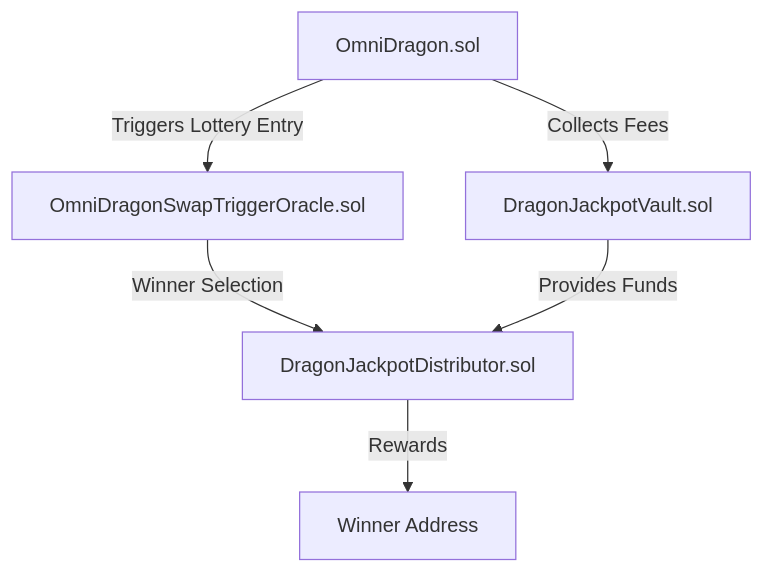
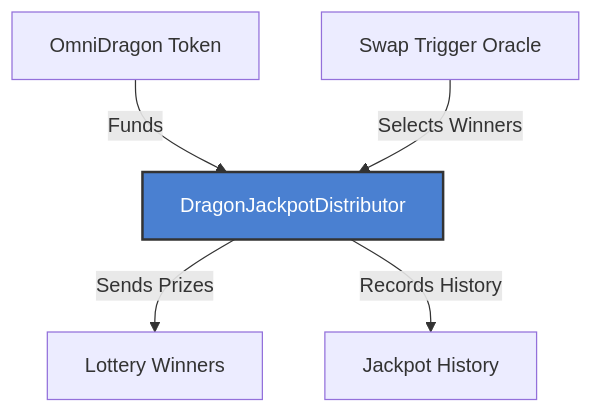
The first of 3 diagrams in docs/contracts/jackpot/distributor.md (wenakita/sonicreddragon-docs), drawn with Mermaid before and after one commit. The commit also changed other lines of this file and 44 other files, not shown here.

````diff
--- a/docs/contracts/jackpot/distributor.md
+++ b/docs/contracts/jackpot/distributor.md
@@ -13,10 +13,10 @@
 ```mermaid
 flowchart TD
-    OmniDragon["OmniDragon.sol"] -->|"Collects Fees"| JackpotVault["DragonJackpotVault.sol"]
-    OmniDragon -->|"Triggers Lottery Entry"| SwapTrigger["OmniDragonSwapTriggerOracle.sol"]
-    SwapTrigger -->|"Winner Selection"| JackpotDistributor["DragonJackpotDistributor.sol"]
-    JackpotVault -->|"Provides Funds"| JackpotDistributor
-    JackpotDistributor -->|"Rewards"| Winner["Winner Address"]
+    OmniDragon["OmniDragon Token"] -->|"Funds"| Distributor["DragonJackpotDistributor"]
+    SwapOracle["Swap Trigger Oracle"] -->|"Selects Winners"| Distributor
+    Distributor -->|"Sends Prizes"| Winners["Lottery Winners"]
+    Distributor -->|"Records History"| History["Jackpot History"]
     
-    class SwapTrigger,JackpotDistributor highlight
+    classDef highlight fill:#4a80d1,stroke:#333,stroke-width:2px,color:white;
+    class Distributor highlight
 ```
````
